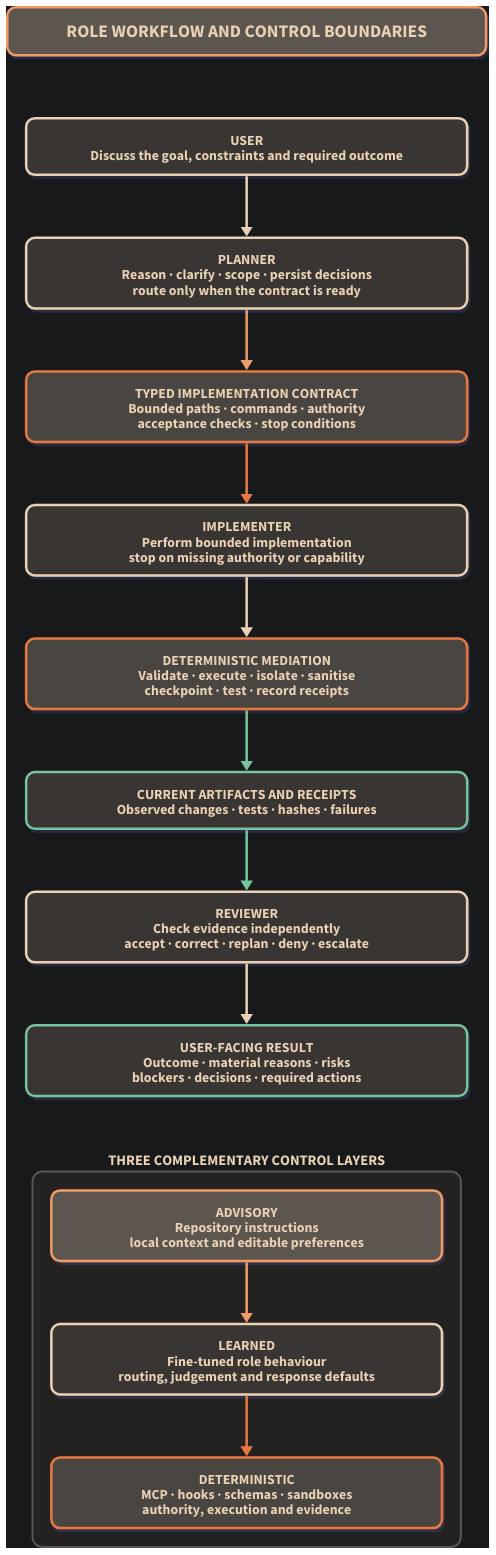
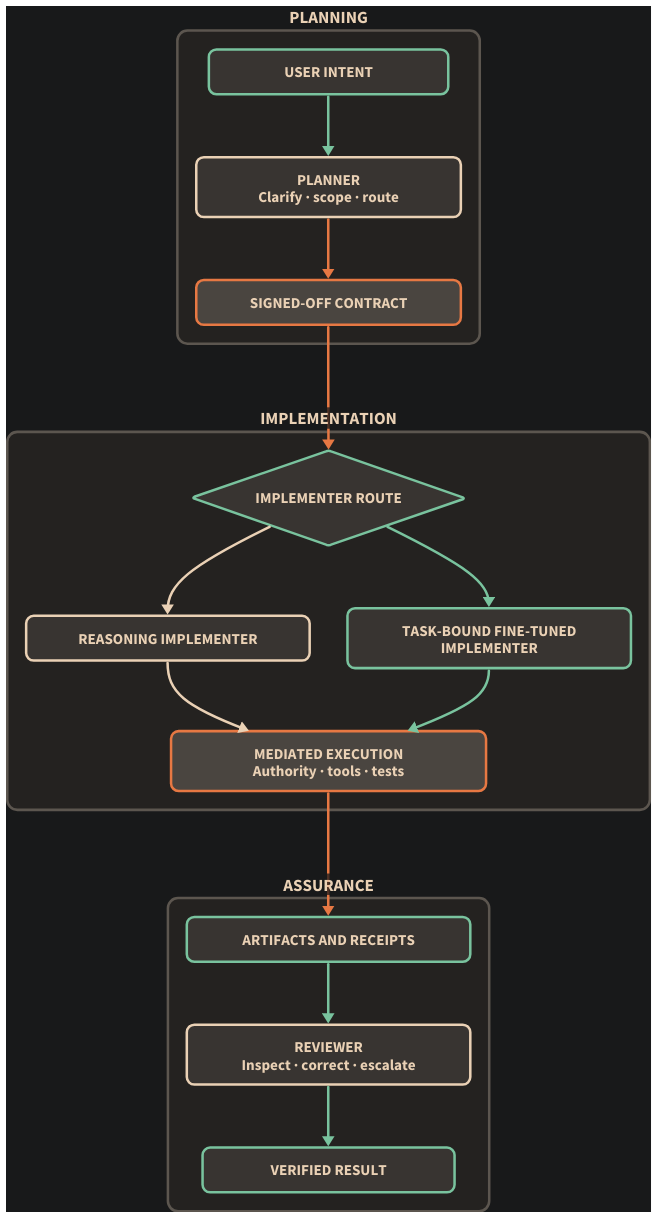
One commit to evoclock/local-model-workforce changed the diagram in docs/diagrams/02_architecture_and_controls.d2. Above: the diagram before and after it, drawn with D2. The commit also changed 43 other files, not shown here.

Commit message:
publish local model workforce evidence

```diff
--- a/docs/diagrams/02_architecture_and_controls.d2
+++ b/docs/diagrams/02_architecture_and_controls.d2
@@ -1,41 +1,44 @@
-# Public architecture diagram. Uses the shared Local Model Workforce palette.
+# Public role architecture and control boundaries.
 direction: down
 style.fill: "#18191a"
-
 classes: {
-  posture: { style: { fill: "#5c564f"; stroke: "#ee9b69"; stroke-width: 4; border-radius: 14; font-color: "#ead1b5"; font-size: 22; bold: true; shadow: true } }
-  evidence: { style: { fill: "#383431"; stroke: "#79c39e"; stroke-width: 4; border-radius: 14; font-color: "#ead1b5"; font-size: 22; bold: true; shadow: true } }
-  control: { style: { fill: "#4a4540"; stroke: "#e77843"; stroke-width: 4; border-radius: 14; font-color: "#ead1b5"; font-size: 22; bold: true; shadow: true } }
-  role: { style: { fill: "#383431"; stroke: "#ead1b5"; stroke-width: 4; border-radius: 14; font-color: "#ead1b5"; font-size: 22; bold: true; shadow: true } }
+ role: { style: { fill: "#383431"; stroke: "#ead1b5"; stroke-width: 4; border-radius: 12; font-color: "#ead1b5"; font-size: 24; bold: true } }
+ local: { style: { fill: "#383431"; stroke: "#79c39e"; stroke-width: 4; border-radius: 12; font-color: "#ead1b5"; font-size: 24; bold: true } }
+ control: { style: { fill: "#4a4540"; stroke: "#e77843"; stroke-width: 4; border-radius: 12; font-color: "#ead1b5"; font-size: 24; bold: true } }
+ evidence: { style: { fill: "#383431"; stroke: "#79c39e"; stroke-width: 4; border-radius: 12; font-color: "#ead1b5"; font-size: 24; bold: true } }
 }
-
-title: "ROLE WORKFLOW AND CONTROL BOUNDARIES" { class: posture; style.font-size: 28; width: 760 }
-user: "USER\nDiscuss the goal, constraints and required outcome" { class: role; width: 700 }
-planner: "PLANNER\nReason · clarify · scope · persist decisions\nroute only when the contract is ready" { class: role; width: 700 }
-contract: "TYPED IMPLEMENTATION CONTRACT\nBounded paths · commands · authority\nacceptance checks · stop conditions" { class: control; width: 700 }
-implementer: "IMPLEMENTER\nPerform bounded implementation\nstop on missing authority or capability" { class: role; width: 700 }
-tools: "DETERMINISTIC MEDIATION\nValidate · execute · isolate · sanitise\ncheckpoint · test · record receipts" { class: control; width: 700 }
-evidence: "CURRENT ARTIFACTS AND RECEIPTS\nObserved changes · tests · hashes · failures" { class: evidence; width: 700 }
-reviewer: "REVIEWER\nCheck evidence independently\naccept · correct · replan · deny · escalate" { class: role; width: 700 }
-result: "USER-FACING RESULT\nOutcome · material reasons · risks\nblockers · decisions · required actions" { class: evidence; width: 700 }
-
-control_layers: {
-  label: "THREE COMPLEMENTARY CONTROL LAYERS"
-  direction: down
-  style: { fill: "#242220"; stroke: "#5c564f"; stroke-width: 3; border-radius: 16; font-color: "#ead1b5"; font-size: 23; bold: true }
-  advisory: "ADVISORY\nRepository instructions\nlocal context and editable preferences" { class: posture; width: 620 }
-  learned: "LEARNED\nFine-tuned role behaviour\nrouting, judgement and response defaults" { class: role; width: 620 }
-  deterministic: "DETERMINISTIC\nMCP · hooks · schemas · sandboxes\nauthority, execution and evidence" { class: control; width: 620 }
-  advisory -> learned: { style.stroke: "#ee9b69"; style.stroke-width: 4 }
-  learned -> deterministic: { style.stroke: "#e77843"; style.stroke-width: 4 }
+planning: {
+ label: "PLANNING"
+ direction: down
+ style: { fill: "#242220"; stroke: "#5c564f"; stroke-width: 4; border-radius: 16; font-color: "#ead1b5"; font-size: 27; bold: true }
+ user: "USER INTENT" { class: evidence; width: 380 }
+ planner: "PLANNER\nClarify · scope · route" { class: role; width: 420 }
+ contract: "SIGNED-OFF CONTRACT" { class: control; width: 420 }
+ user -> planner: { style.stroke: "#79c39e"; style.stroke-width: 4 }
+ planner -> contract: { style.stroke: "#e77843"; style.stroke-width: 4 }
 }
-
-title -> user: { style.opacity: 0 }
-user -> planner: { style.stroke: "#ead1b5"; style.stroke-width: 4 }
-planner -> contract: { style.stroke: "#ee9b69"; style.stroke-width: 4 }
-contract -> implementer: { style.stroke: "#e77843"; style.stroke-width: 4 }
-implementer -> tools: { style.stroke: "#ead1b5"; style.stroke-width: 4 }
-tools -> evidence: { style.stroke: "#79c39e"; style.stroke-width: 4 }
-evidence -> reviewer: { style.stroke: "#79c39e"; style.stroke-width: 4 }
-reviewer -> result: { style.stroke: "#ead1b5"; style.stroke-width: 4 }
-result -> control_layers.advisory: { style.opacity: 0 }
+delivery: {
+ label: "IMPLEMENTATION"
+ direction: down
+ style: { fill: "#242220"; stroke: "#5c564f"; stroke-width: 4; border-radius: 16; font-color: "#ead1b5"; font-size: 27; bold: true }
+ route: "IMPLEMENTER ROUTE" { shape: diamond; class: evidence; width: 430; height: 150 }
+ reasoning: "REASONING IMPLEMENTER" { class: role; width: 450 }
+ tuned: "TASK-BOUND FINE-TUNED\nIMPLEMENTER" { class: local; width: 450 }
+ runtime: "MEDIATED EXECUTION\nAuthority · tools · tests" { class: control; width: 500 }
+ route -> reasoning: { style.stroke: "#ead1b5"; style.stroke-width: 4 }
+ route -> tuned: { style.stroke: "#79c39e"; style.stroke-width: 4 }
+ reasoning -> runtime: { style.stroke: "#ead1b5"; style.stroke-width: 4 }
+ tuned -> runtime: { style.stroke: "#79c39e"; style.stroke-width: 4 }
+}
+assurance: {
+ label: "ASSURANCE"
+ direction: down
+ style: { fill: "#242220"; stroke: "#5c564f"; stroke-width: 4; border-radius: 16; font-color: "#ead1b5"; font-size: 27; bold: true }
+ receipts: "ARTIFACTS AND RECEIPTS" { class: evidence; width: 450 }
+ reviewer: "REVIEWER\nInspect · correct · escalate" { class: role; width: 450 }
+ result: "VERIFIED RESULT" { class: evidence; width: 400 }
+ receipts -> reviewer: { style.stroke: "#79c39e"; style.stroke-width: 4 }
+ reviewer -> result: { style.stroke: "#79c39e"; style.stroke-width: 4 }
+}
+planning.contract -> delivery.route: { style.stroke: "#e77843"; style.stroke-width: 4 }
+delivery.runtime -> assurance.receipts: { style.stroke: "#e77843"; style.stroke-width: 4 }
```
